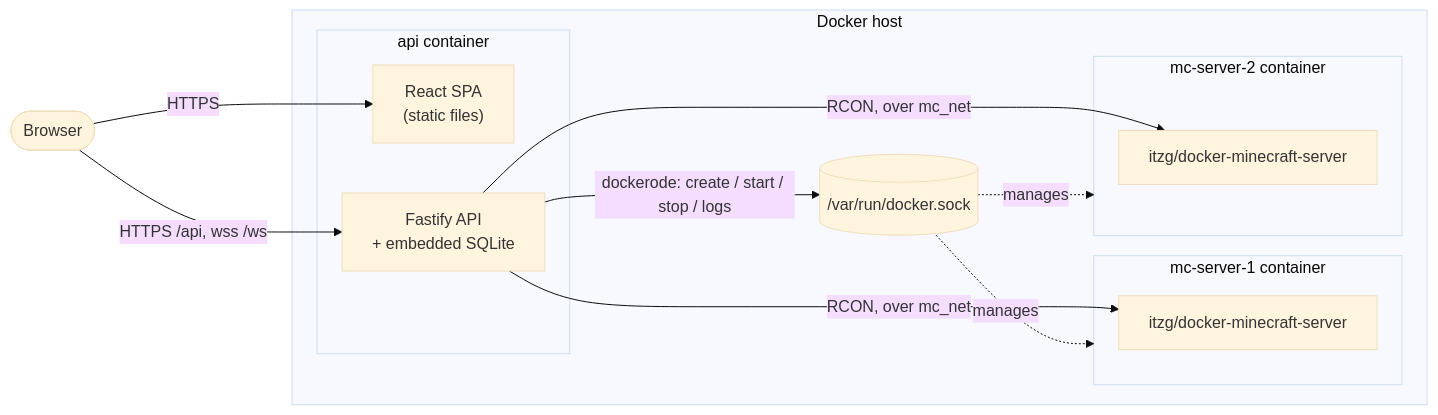
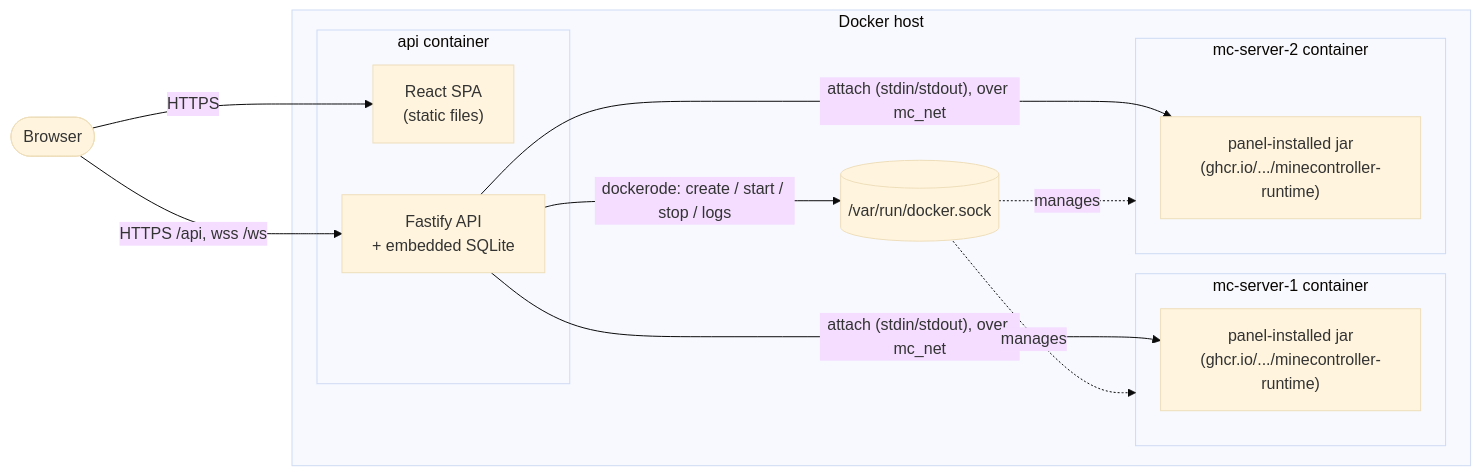
One commit to nicki41/minecontroller changed the first of 3 diagrams in docs/architecture.md. Above: the diagram before and after it, drawn with Mermaid (base theme). The commit also changed other lines of this file and 4 other files, not shown here.

First line of the commit message:
Fix docs: describe the actual panel-managed runtime, not the old itzg/RCON one

````diff
--- a/docs/architecture.md
+++ b/docs/architecture.md
@@ -18,29 +18,29 @@
 ```mermaid
 flowchart LR
     Browser(["Browser"])
 
     subgraph Host["Docker host"]
         subgraph APIC["api container"]
             WEB["React SPA<br/>(static files)"]
             API["Fastify API<br/>+ embedded SQLite"]
         end
 
         subgraph MC1["mc-server-1 container"]
-            S1["itzg/docker-minecraft-server"]
+            S1["panel-installed jar<br/>(ghcr.io/.../minecontroller-runtime)"]
         end
 
         subgraph MC2["mc-server-2 container"]
-            S2["itzg/docker-minecraft-server"]
+            S2["panel-installed jar<br/>(ghcr.io/.../minecontroller-runtime)"]
         end
 
         DSOCK[("/var/run/docker.sock")]
     end
 
     Browser -- "HTTPS" --> WEB
     Browser -- "HTTPS /api, wss /ws" --> API
     API -- "dockerode: create / start / stop / logs" --> DSOCK
     DSOCK -.manages.-> MC1
     DSOCK -.manages.-> MC2
-    API -- "RCON, over mc_net" --> S1
-    API -- "RCON, over mc_net" --> S2
+    API -- "attach (stdin/stdout), over mc_net" --> S1
+    API -- "attach (stdin/stdout), over mc_net" --> S2
 ```
````
